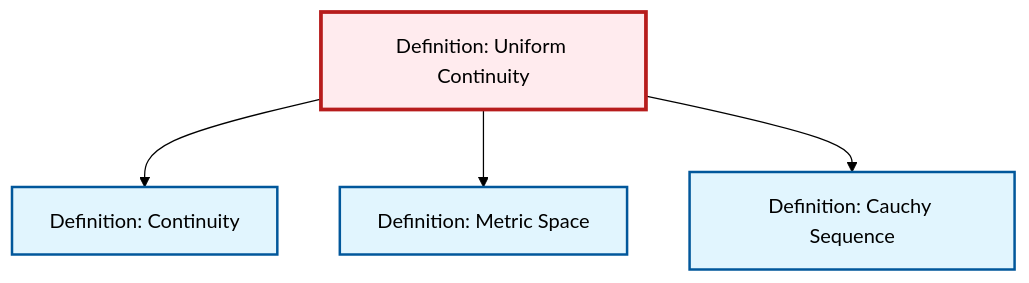
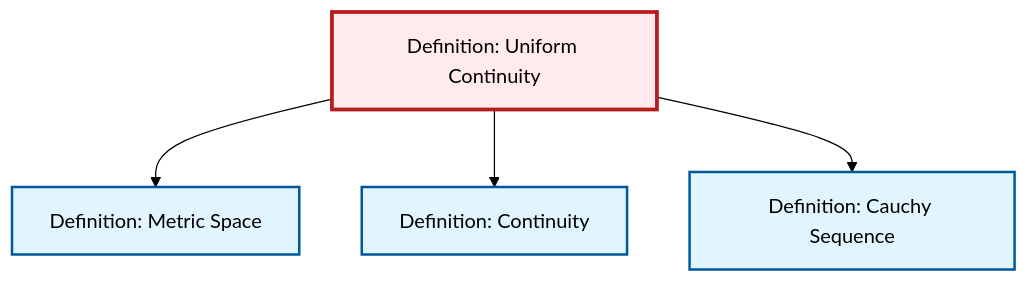
Before and after one commit to RK0429/ModernMath: the diagram in content/ja/analysis/def-uniform-continuity.qmd, drawn with Mermaid (forest theme). The commit also changed other lines of this file and 634 other files, not shown here.

````diff
--- a/content/ja/analysis/def-uniform-continuity.qmd
+++ b/content/ja/analysis/def-uniform-continuity.qmd
@@ -70,20 +70,20 @@
 ```{mermaid}
 %%| fig-cap: "Local dependency graph"
 graph TD
     classDef definition fill:#e1f5fe,stroke:#01579b,stroke-width:2px
     classDef theorem fill:#f3e5f5,stroke:#4a148c,stroke-width:2px
     classDef axiom fill:#fff3e0,stroke:#e65100,stroke-width:2px
     classDef example fill:#e8f5e9,stroke:#1b5e20,stroke-width:2px
     classDef current fill:#ffebee,stroke:#b71c1c,stroke-width:3px
+    def-continuity["Definition: Continuity"]:::definition
+    def-cauchy-sequence["Definition: Cauchy Sequence"]:::definition
+    def-metric-space["Definition: Metric Space"]:::definition
     def-uniform-continuity["Definition: Uniform Continuity"]:::definition
-    def-cauchy-sequence["Definition: Cauchy Sequence"]:::definition
-    def-continuity["Definition: Continuity"]:::definition
-    def-metric-space["Definition: Metric Space"]:::definition
+    def-uniform-continuity --> def-metric-space
     def-uniform-continuity --> def-continuity
-    def-uniform-continuity --> def-metric-space
     def-uniform-continuity --> def-cauchy-sequence
     class def-uniform-continuity current
+    click def-continuity "def-continuity.html" "Definition: Continuityへ"
     click def-cauchy-sequence "def-cauchy-sequence.html" "Definition: Cauchy Sequenceへ"
-    click def-continuity "def-continuity.html" "Definition: Continuityへ"
     click def-metric-space "def-metric-space.html" "Definition: Metric Spaceへ"
 ```
````
